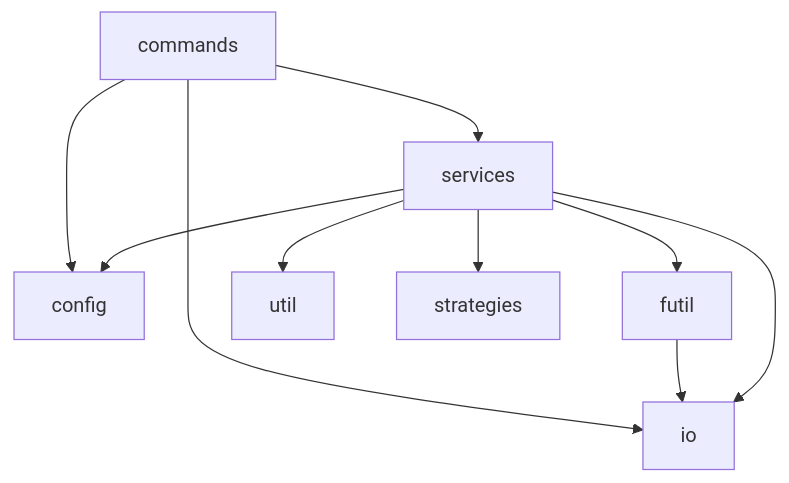
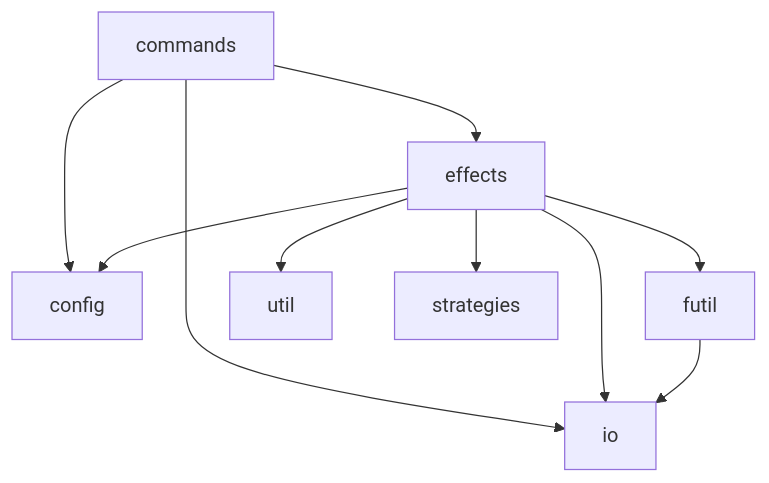
The diagram in README.md (mattriley/node-module-indexgen), drawn with Mermaid before and after one commit. The commit also changed other lines of this file and 11 other files, not shown here.

````diff
--- a/README.md
+++ b/README.md
@@ -106,12 +101,12 @@
 ```mermaid
 graph TD;
-    commands-->services;
+    commands-->effects;
     commands-->io;
     commands-->config;
+    effects-->config;
+    effects-->io;
+    effects-->futil;
+    effects-->util;
+    effects-->strategies;
     futil-->io;
-    services-->config;
-    services-->io;
-    services-->futil;
-    services-->util;
-    services-->strategies;
 ```
````
